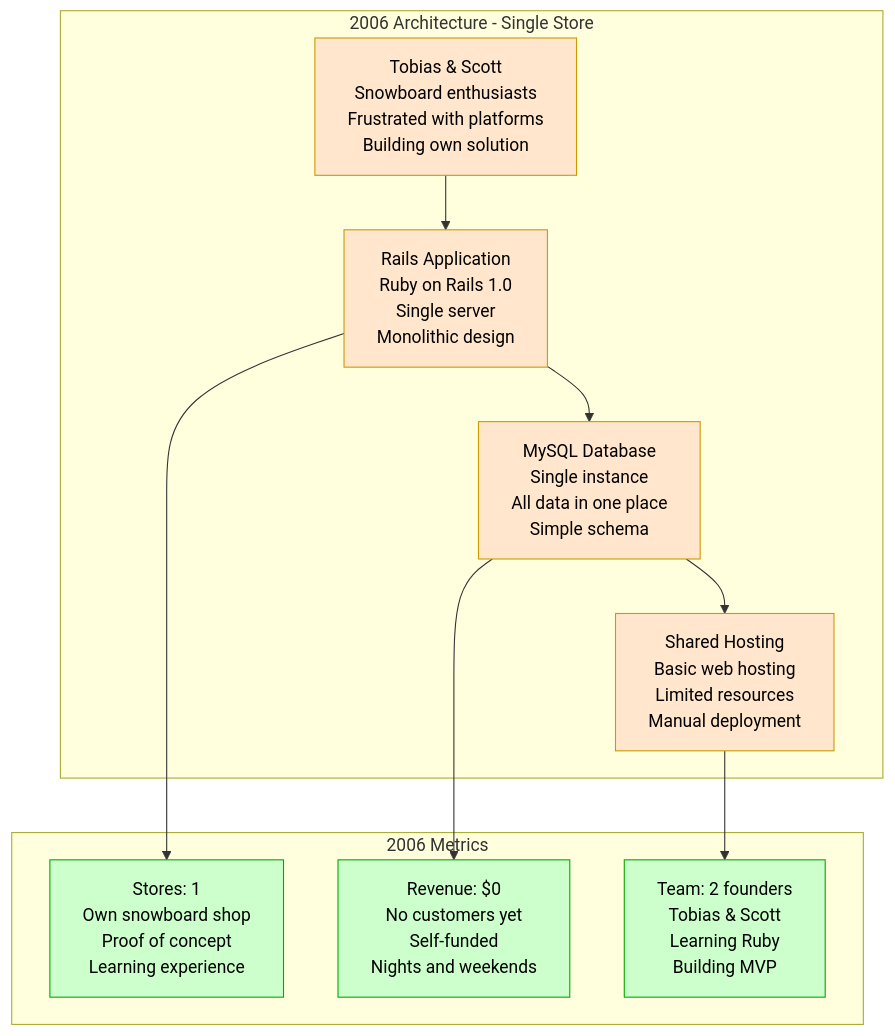
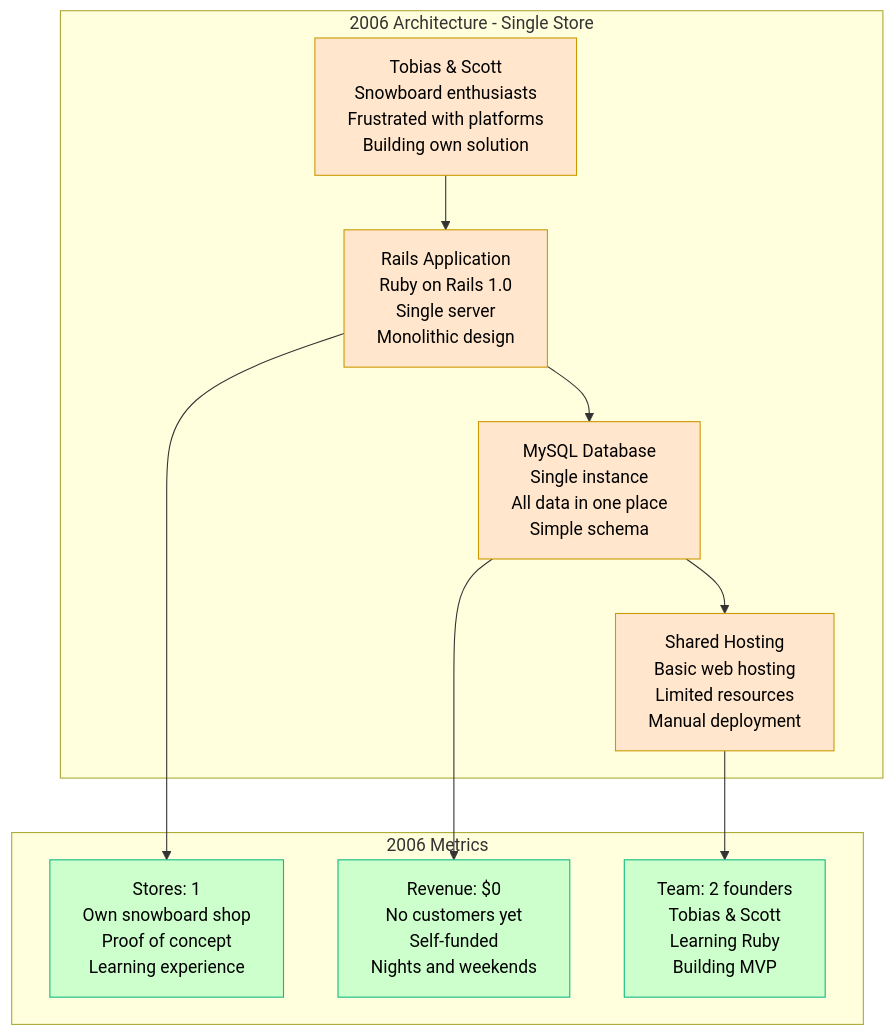
Before and after one commit to deepaucksharma/DS: the second of 10 diagrams in site/docs/systems/shopify/scale-evolution.md, drawn with Mermaid. The commit also changed other lines of this file and 303 other files, not shown here.

````diff
--- a/site/docs/systems/shopify/scale-evolution.md
+++ b/site/docs/systems/shopify/scale-evolution.md
@@ -44,33 +44,33 @@
 ```mermaid
 graph TB
     subgraph "2006 Architecture - Single Store"
         USER[Tobias & Scott<br/>Snowboard enthusiasts<br/>Frustrated with platforms<br/>Building own solution]
 
         RAILS_APP[Rails Application<br/>Ruby on Rails 1.0<br/>Single server<br/>Monolithic design]
 
         MYSQL_DB[MySQL Database<br/>Single instance<br/>All data in one place<br/>Simple schema]
 
         SHARED_HOST[Shared Hosting<br/>Basic web hosting<br/>Limited resources<br/>Manual deployment]
 
         USER --> RAILS_APP
         RAILS_APP --> MYSQL_DB
         MYSQL_DB --> SHARED_HOST
     end
 
     subgraph "2006 Metrics"
         STORES_2006[Stores: 1<br/>Own snowboard shop<br/>Proof of concept<br/>Learning experience]
         REVENUE_2006[Revenue: $0<br/>No customers yet<br/>Self-funded<br/>Nights and weekends]
         TEAM_2006[Team: 2 founders<br/>Tobias & Scott<br/>Learning Ruby<br/>Building MVP]
     end
 
     RAILS_APP --> STORES_2006
     MYSQL_DB --> REVENUE_2006
     SHARED_HOST --> TEAM_2006
 
     %% Apply genesis colors
     classDef genesisStyle fill:#FFE6CC,stroke:#CC9900,color:#000
-    classDef metricsStyle fill:#CCFFCC,stroke:#00AA00,color:#000
+    classDef metricsStyle fill:#CCFFCC,stroke:#10B981,color:#000
 
     class USER,RAILS_APP,MYSQL_DB,SHARED_HOST genesisStyle
     class STORES_2006,REVENUE_2006,TEAM_2006 metricsStyle
 ```
````
